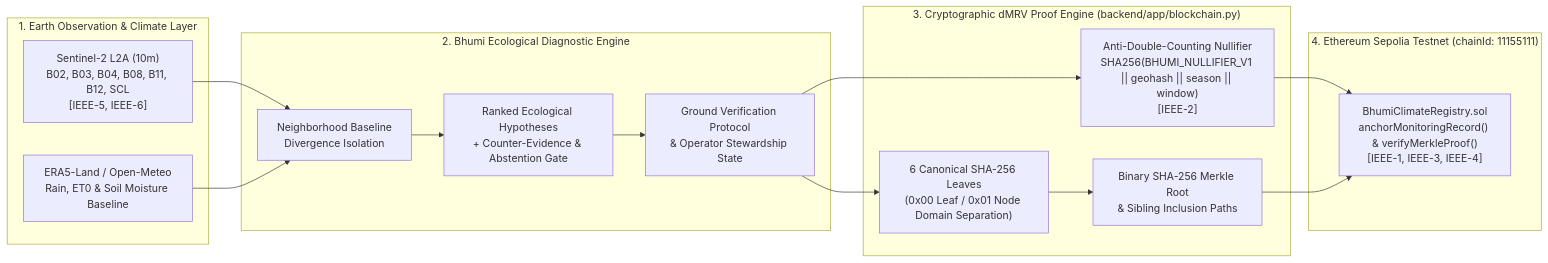
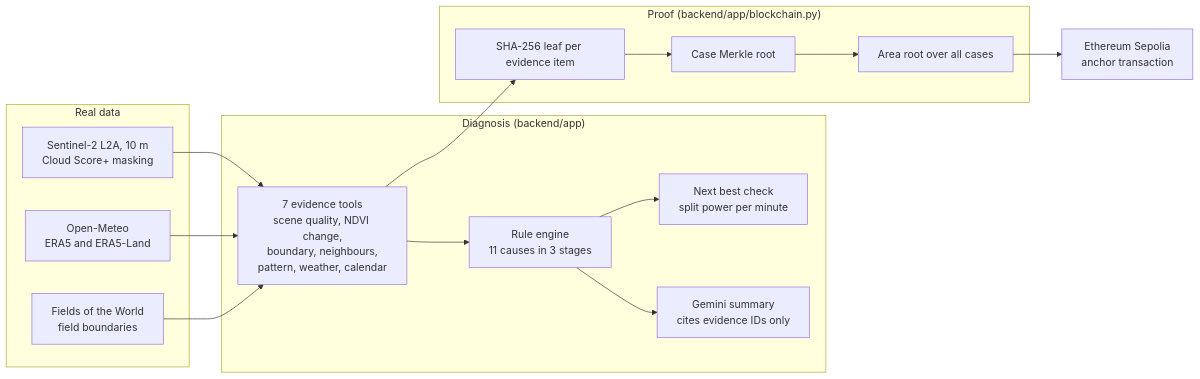
One commit to SanTiwari07/Bhumi changed the diagram in README.md. Above: the diagram before and after it, drawn with Mermaid. The commit also changed other lines of this file and 29 other files, not shown here.

````diff
--- a/README.md
+++ b/README.md
@@ -36,32 +96,30 @@
 ```mermaid
 flowchart LR
-  subgraph EO["1. Earth Observation & Climate Layer"]
-    S2["Sentinel-2 L2A (10m)\nB02, B03, B04, B08, B11, B12, SCL\n[IEEE-5, IEEE-6]"]
-    WX["ERA5-Land / Open-Meteo\nRain, ET0 & Soil Moisture Baseline"]
+  subgraph Data["Real data"]
+    S2["Sentinel-2 L2A, 10 m<br/>Cloud Score+ masking"]
+    WX["Open-Meteo<br/>ERA5 and ERA5-Land"]
+    FTW["Fields of the World<br/>field boundaries"]
   end
 
-  subgraph DIAG["2. Bhumi Ecological Diagnostic Engine"]
-    ANOM["Neighborhood Baseline\nDivergence Isolation"]
-    HYP["Ranked Ecological Hypotheses\n+ Counter-Evidence & Abstention Gate"]
-    SCOUT["Ground Verification Protocol\n& Operator Stewardship State"]
+  subgraph AI["Diagnosis (backend/app)"]
+    T["7 evidence tools<br/>scene quality, NDVI change,<br/>boundary, neighbours,<br/>pattern, weather, calendar"]
+    R["Rule engine<br/>11 causes in 3 stages"]
+    N["Next best check<br/>split power per minute"]
+    G["Gemini summary<br/>cites evidence IDs only"]
   end
 
-  subgraph DMRV["3. Cryptographic dMRV Proof Engine (backend/app/blockchain.py)"]
-    LEAVES["6 Canonical SHA-256 Leaves\n(0x00 Leaf / 0x01 Node Domain Separation)"]
-    NULLIFIER["Anti-Double-Counting Nullifier\nSHA256(BHUMI_NULLIFIER_V1 || geohash || season || window)\n[IEEE-2]"]
-    MERKLE["Binary SHA-256 Merkle Root\n& Sibling Inclusion Paths"]
+  subgraph Proof["Proof (backend/app/blockchain.py)"]
+    L["SHA-256 leaf per evidence item"]
+    M["Case Merkle root"]
+    A["Area root over all cases"]
   end
 
-  subgraph CHAIN["4. Ethereum Sepolia Testnet (chainId: 11155111)"]
-    SOL["BhumiClimateRegistry.sol\nanchorMonitoringRecord() & verifyMerkleProof()\n[IEEE-1, IEEE-3, IEEE-4]"]
-  end
+  C["Ethereum Sepolia<br/>anchor transaction"]
 
-  S2 --> ANOM
-  WX --> ANOM
-  ANOM --> HYP --> SCOUT
-  SCOUT --> LEAVES
-  SCOUT --> NULLIFIER
-  LEAVES --> MERKLE
-  NULLIFIER --> SOL
-  MERKLE --> SOL
+  S2 --> T
+  WX --> T
+  FTW --> T
+  T --> R --> N
+  R --> G
+  T --> L --> M --> A --> C
 ```
````
